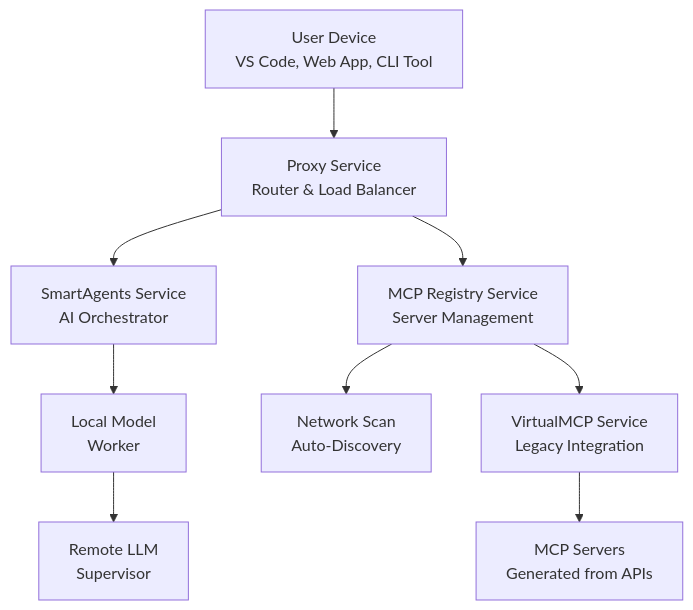
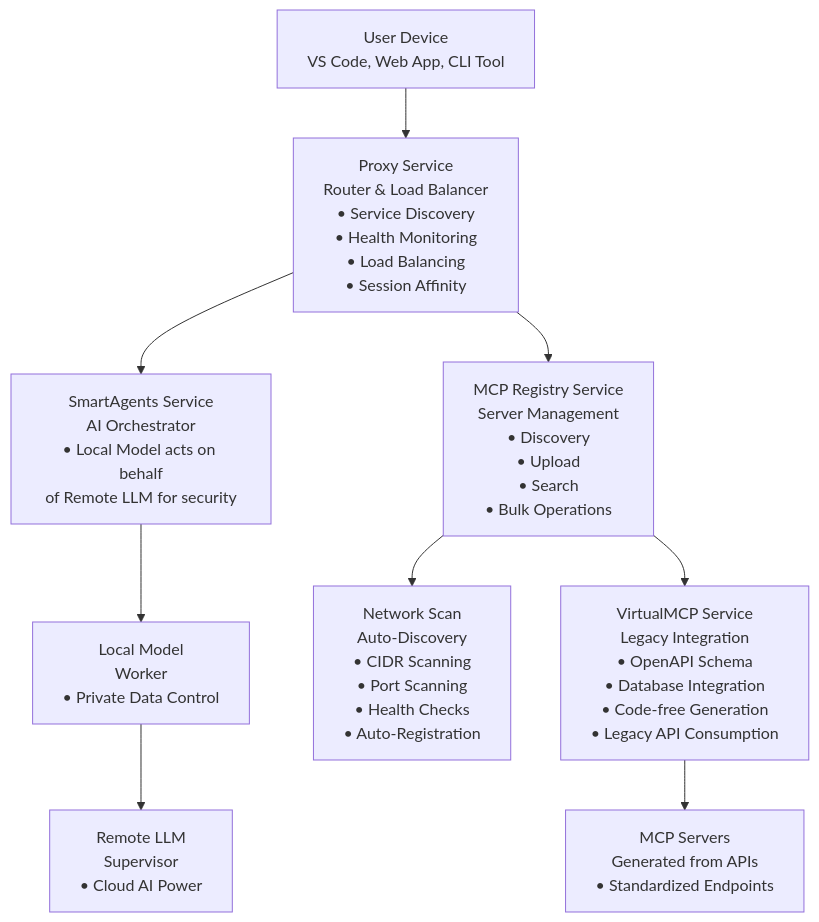
The diagram in README.md (SUSE/suse-ai-up), drawn with Mermaid before and after one commit.

````diff
--- a/README.md
+++ b/README.md
@@ -112,11 +112,11 @@
 ```mermaid
 graph TD
-    A[User Device<br/>VS Code, Web App, CLI Tool] --> B[Proxy Service<br/>Router & Load Balancer]
-    B --> C[SmartAgents Service<br/>AI Orchestrator]
-    B --> D[MCP Registry Service<br/>Server Management]
-    D --> E[Network Scan<br/>Auto-Discovery]
-    D --> F[VirtualMCP Service<br/>Legacy Integration]
-    C --> G[Local Model<br/>Worker]
-    G --> H[Remote LLM<br/>Supervisor]
-    F --> I[MCP Servers<br/>Generated from APIs]
+    A[User Device<br/>VS Code, Web App, CLI Tool] --> B[Proxy Service<br/>Router & Load Balancer<br/>• Service Discovery<br/>• Health Monitoring<br/>• Load Balancing<br/>• Session Affinity]
+    B --> C[SmartAgents Service<br/>AI Orchestrator<br/>• Local Model acts on behalf<br/>of Remote LLM for security]
+    B --> D[MCP Registry Service<br/>Server Management<br/>• Discovery<br/>• Upload<br/>• Search<br/>• Bulk Operations]
+    D --> E[Network Scan<br/>Auto-Discovery<br/>• CIDR Scanning<br/>• Port Scanning<br/>• Health Checks<br/>• Auto-Registration]
+    D --> F[VirtualMCP Service<br/>Legacy Integration<br/>• OpenAPI Schema<br/>• Database Integration<br/>• Code-free Generation<br/>• Legacy API Consumption]
+    C --> G[Local Model<br/>Worker<br/>• Private Data Control]
+    G --> H[Remote LLM<br/>Supervisor<br/>• Cloud AI Power]
+    F --> I[MCP Servers<br/>Generated from APIs<br/>• Standardized Endpoints]
 ```
````
